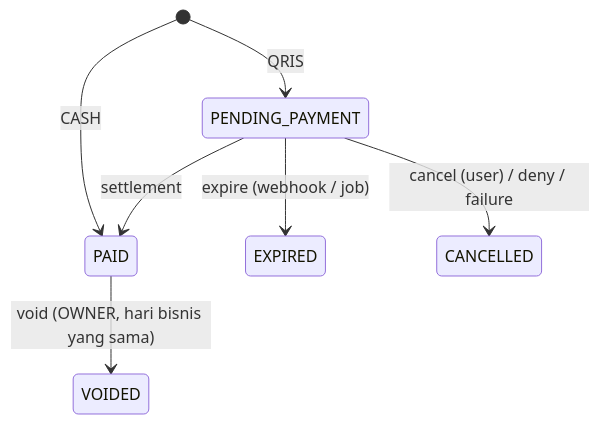
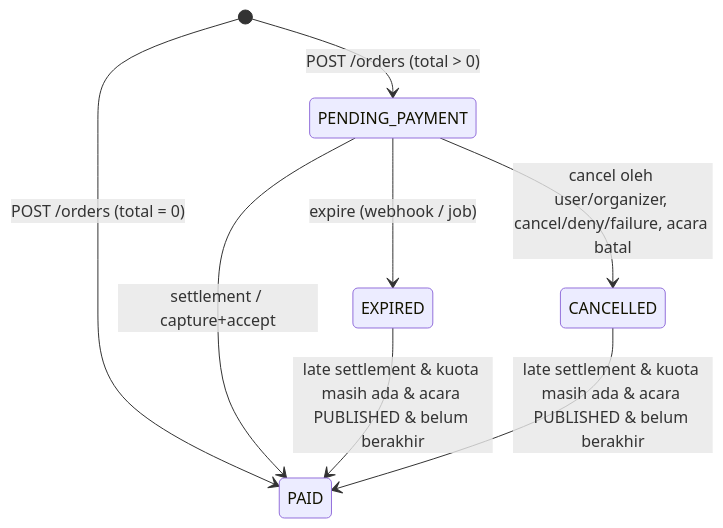
Before and after one commit to gadicandra/PassGo: the second of 4 diagrams in docs/api-contract.md, drawn with Mermaid. The commit also changed other lines of this file and 4 other files, not shown here.

````diff
--- a/docs/api-contract.md
+++ b/docs/api-contract.md
@@ -1133,9 +1271,10 @@
 ```mermaid
 stateDiagram-v2
-  [*] --> PAID: CASH
-  [*] --> PENDING_PAYMENT: QRIS
-  PENDING_PAYMENT --> PAID: settlement
+  [*] --> PENDING_PAYMENT: POST /orders (total > 0)
+  [*] --> PAID: POST /orders (total = 0)
+  PENDING_PAYMENT --> PAID: settlement / capture+accept
   PENDING_PAYMENT --> EXPIRED: expire (webhook / job)
-  PENDING_PAYMENT --> CANCELLED: cancel (user) / deny / failure
-  PAID --> VOIDED: void (OWNER, hari bisnis yang sama)
+  PENDING_PAYMENT --> CANCELLED: cancel oleh user/organizer, cancel/deny/failure, acara batal
+  EXPIRED --> PAID: late settlement & kuota masih ada & acara PUBLISHED & belum berakhir
+  CANCELLED --> PAID: late settlement & kuota masih ada & acara PUBLISHED & belum berakhir
 ```
````
